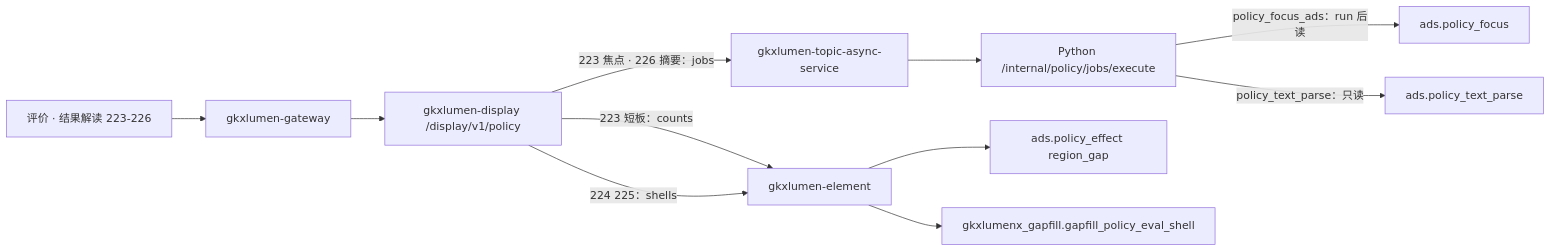
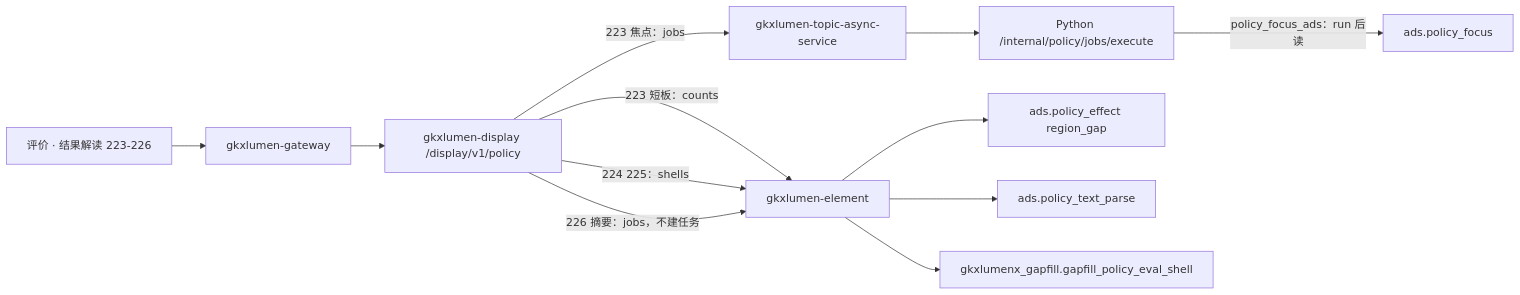
The diagram in agent-delivery/agent-handoffs/科技政策跟踪-POL/sdd/l2/POL-L2-DS11-READ-ARCH.md (Marisolebxf/-), drawn with Mermaid before and after one commit. The commit also changed other lines of this file and 9 other files, not shown here.

````diff
--- a/agent-delivery/agent-handoffs/科技政策跟踪-POL/sdd/l2/POL-L2-DS11-READ-ARCH.md
+++ b/agent-delivery/agent-handoffs/科技政策跟踪-POL/sdd/l2/POL-L2-DS11-READ-ARCH.md
@@ -55,19 +55,19 @@
 ```mermaid
 flowchart LR
   fe["评价 · 结果解读 223-226"]
   gw["gkxlumen-gateway"]
   bff["gkxlumen-display /display/v1/policy"]
   el["gkxlumen-element"]
   async["gkxlumen-topic-async-service"]
   py["Python /internal/policy/jobs/execute"]
   adsF["ads.policy_focus"]
   adsE["ads.policy_effect region_gap"]
   adsP["ads.policy_text_parse"]
   gap["gkxlumenx_gapfill.gapfill_policy_eval_shell"]
   fe --> gw --> bff
   bff -->|"223 短板：counts"| el --> adsE
   bff -->|"224 225：shells"| el --> gap
-  bff -->|"223 焦点 · 226 摘要：jobs"| async --> py
+  bff -->|"223 焦点：jobs"| async --> py
+  bff -->|"226 摘要：jobs，不建任务"| el --> adsP
   py -->|"policy_focus_ads：run 后读"| adsF
-  py -->|"policy_text_parse：只读"| adsP
 ```
````
